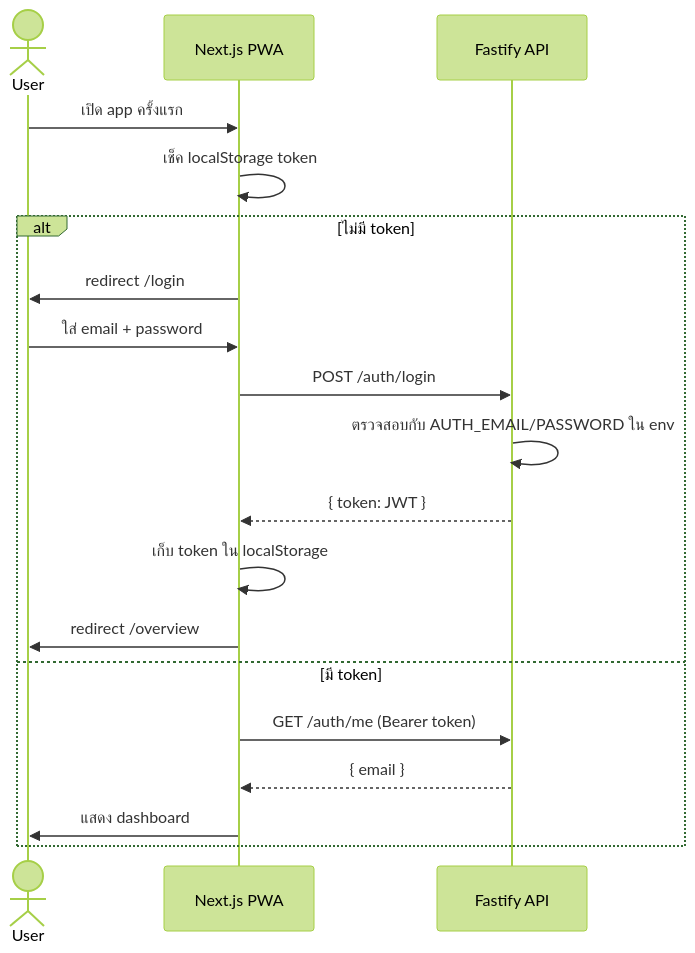
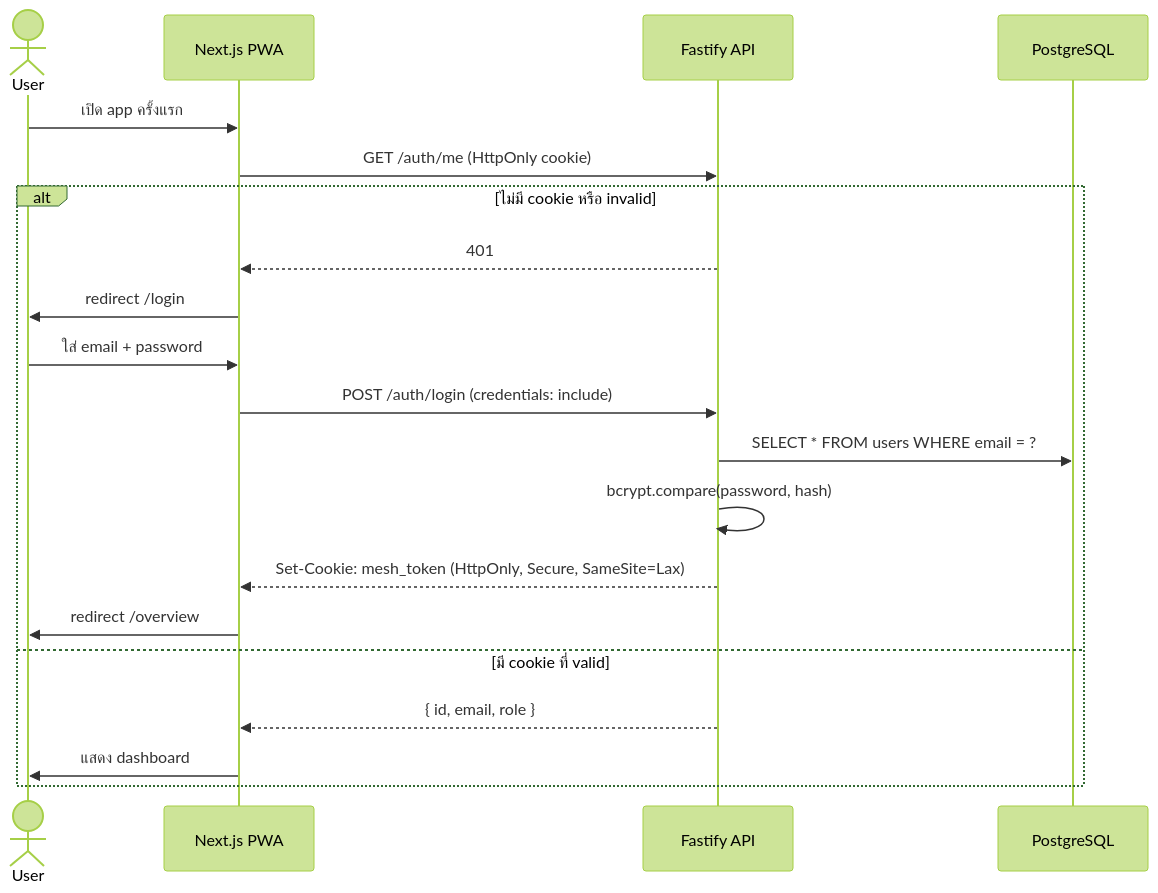
One commit to itseed/mesh-agent changed the fourth of 4 diagrams in README.md. Above: the diagram before and after it, drawn with Mermaid (forest theme). The commit also changed other lines of this file and 68 other files, not shown here.

````diff
--- a/README.md
+++ b/README.md
@@ -143,22 +143,23 @@
 ```mermaid
 sequenceDiagram
     actor User
     participant Web as Next.js PWA
     participant API as Fastify API
+    participant DB as PostgreSQL
 
     User->>Web: เปิด app ครั้งแรก
-    Web->>Web: เช็ค localStorage token
-    alt ไม่มี token
+    Web->>API: GET /auth/me (HttpOnly cookie)
+    alt ไม่มี cookie หรือ invalid
+        API-->>Web: 401
         Web->>User: redirect /login
         User->>Web: ใส่ email + password
-        Web->>API: POST /auth/login
-        API->>API: ตรวจสอบกับ AUTH_EMAIL/PASSWORD ใน env
-        API-->>Web: { token: JWT }
-        Web->>Web: เก็บ token ใน localStorage
+        Web->>API: POST /auth/login (credentials: include)
+        API->>DB: SELECT * FROM users WHERE email = ?
+        API->>API: bcrypt.compare(password, hash)
+        API-->>Web: Set-Cookie: mesh_token (HttpOnly, Secure, SameSite=Lax)
         Web->>User: redirect /overview
-    else มี token
-        Web->>API: GET /auth/me (Bearer token)
-        API-->>Web: { email }
+    else มี cookie ที่ valid
+        API-->>Web: { id, email, role }
         Web->>User: แสดง dashboard
     end
 ```
````
